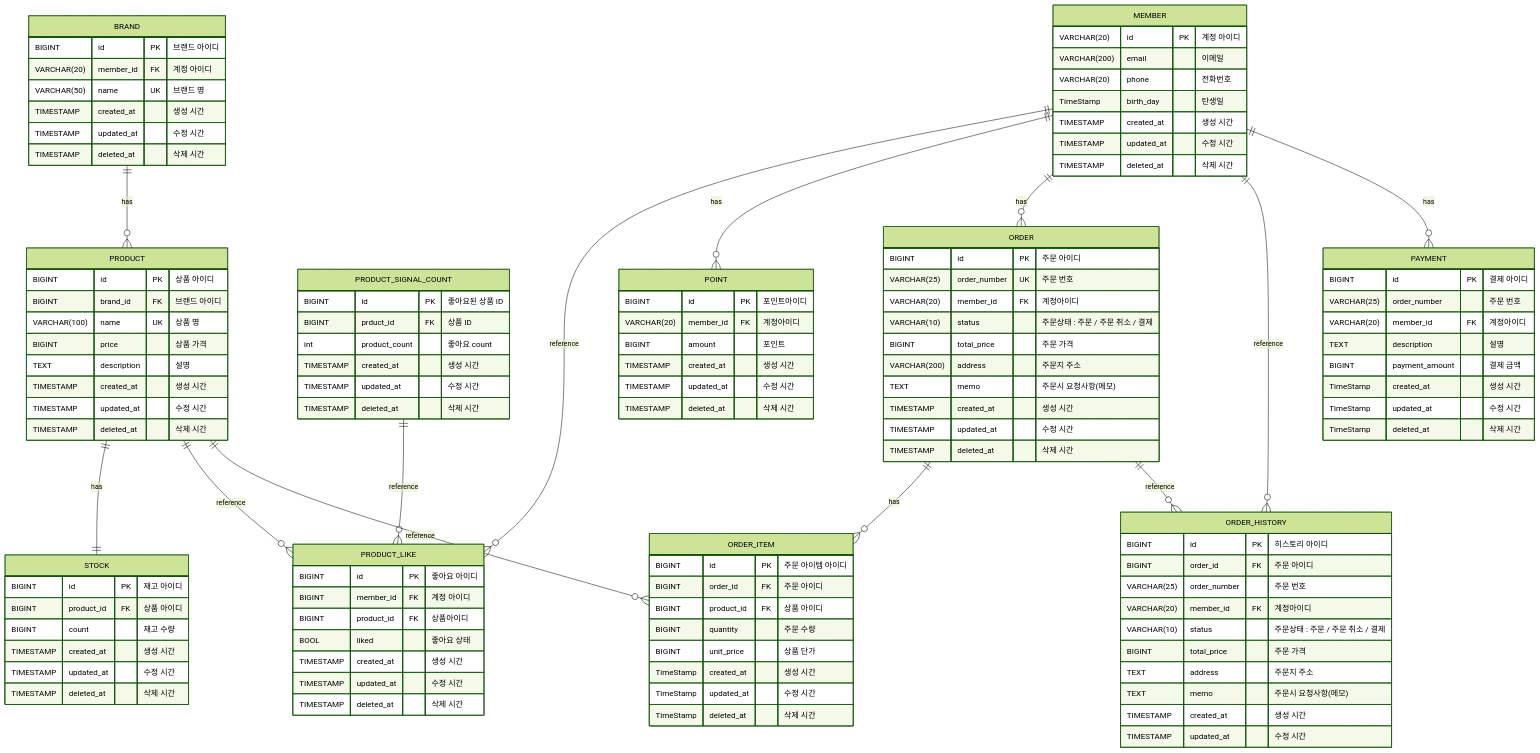
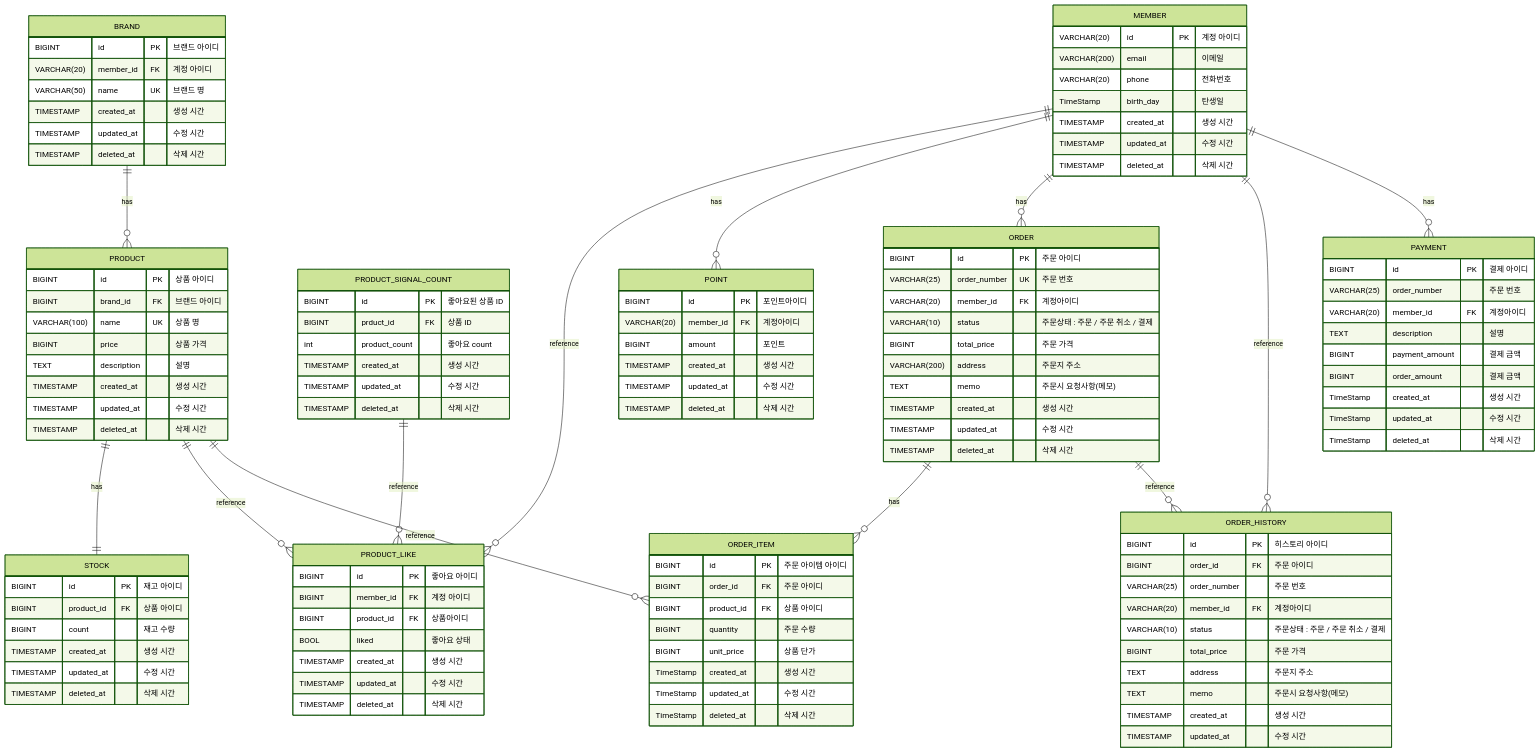
Before and after one commit to Loopers-Team-6/younghun: the diagram in apps/commerce-api/docs/desigin/04-erd.md, drawn with Mermaid (forest theme). The commit also changed 1 other file, not shown here.

Commit message:
docs: 문서 수정

```diff
--- a/apps/commerce-api/docs/desigin/04-erd.md
+++ b/apps/commerce-api/docs/desigin/04-erd.md
@@ -136,6 +136,7 @@
  VARCHAR(20) member_id FK "계정아이디"
  TEXT description "설명"
  BIGINT payment_amount "결제 금액"
+ BIGINT order_amount "결제 금액"
  TimeStamp created_at "생성 시간"
  TimeStamp updated_at "수정 시간"
  TimeStamp deleted_at "삭제 시간"    
```
